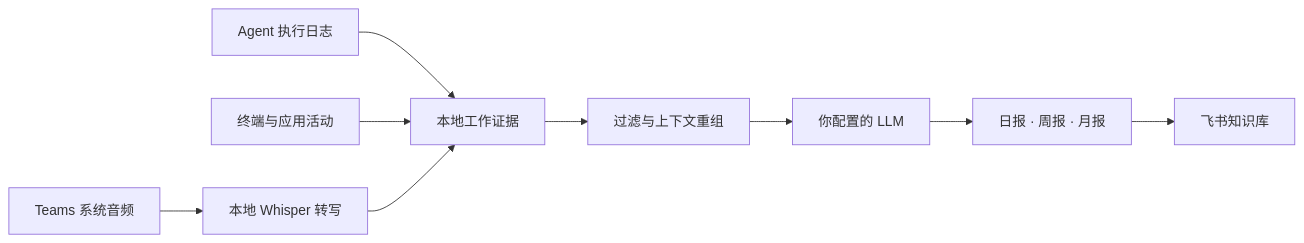
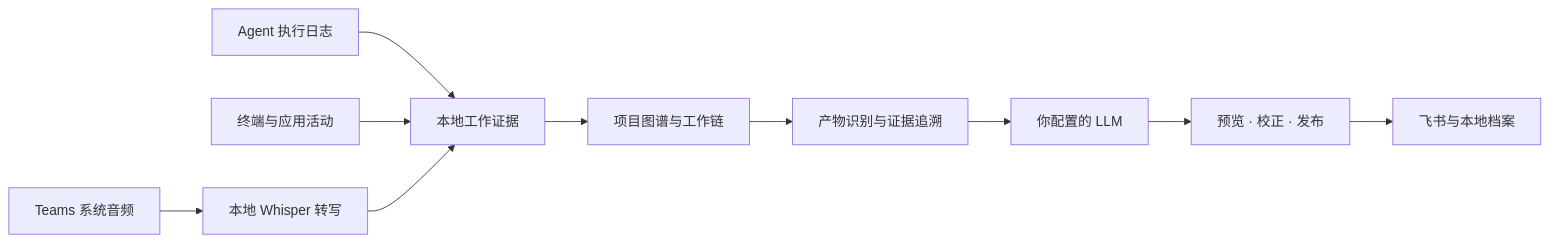
One commit to dedarek/ai-human-daily-worklog changed the diagram in README.md. Above: the diagram before and after it, drawn with Mermaid. The commit also changed other lines of this file and 49 other files, not shown here.

````diff
--- a/README.md
+++ b/README.md
@@ -96,11 +96,12 @@
 ```mermaid
 flowchart LR
     A["Agent 执行日志"] --> E["本地工作证据"]
     B["终端与应用活动"] --> E
     C["Teams 系统音频"] --> D["本地 Whisper 转写"]
     D --> E
-    E --> F["过滤与上下文重组"]
-    F --> G["你配置的 LLM"]
-    G --> H["日报 · 周报 · 月报"]
-    H --> I["飞书知识库"]
+    E --> F["项目图谱与工作链"]
+    F --> G["产物识别与证据追溯"]
+    G --> H["你配置的 LLM"]
+    H --> I["预览 · 校正 · 发布"]
+    I --> J["飞书与本地档案"]
 ```
````
